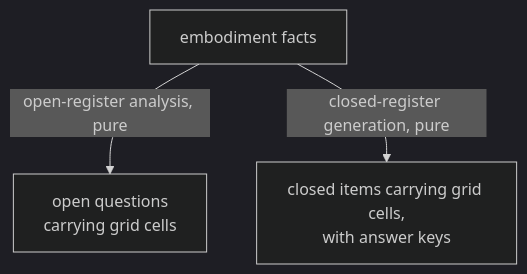
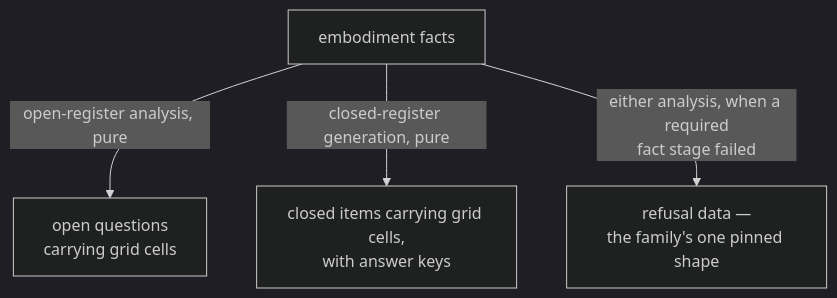
The diagram in src/lib/study-lenses/lib/questioning/DOCS.md (codeschoolinabox/curricula), drawn with Mermaid (dark theme) before and after one commit. The commit also changed other lines of this file and 7 other files, not shown here.

````diff
--- a/src/lib/study-lenses/lib/questioning/DOCS.md
+++ b/src/lib/study-lenses/lib/questioning/DOCS.md
@@ -46,6 +58,7 @@
 ```mermaid
 flowchart TD
     F["embodiment facts"]
     F -->|"open-register analysis, pure"| OQ["open questions<br/>carrying grid cells"]
     F -->|"closed-register generation, pure"| CI["closed items carrying grid cells,<br/>with answer keys"]
+    F -->|"either analysis, when a required<br/>fact stage failed"| RF["refusal data —<br/>the family's one pinned shape"]
 ```
````
